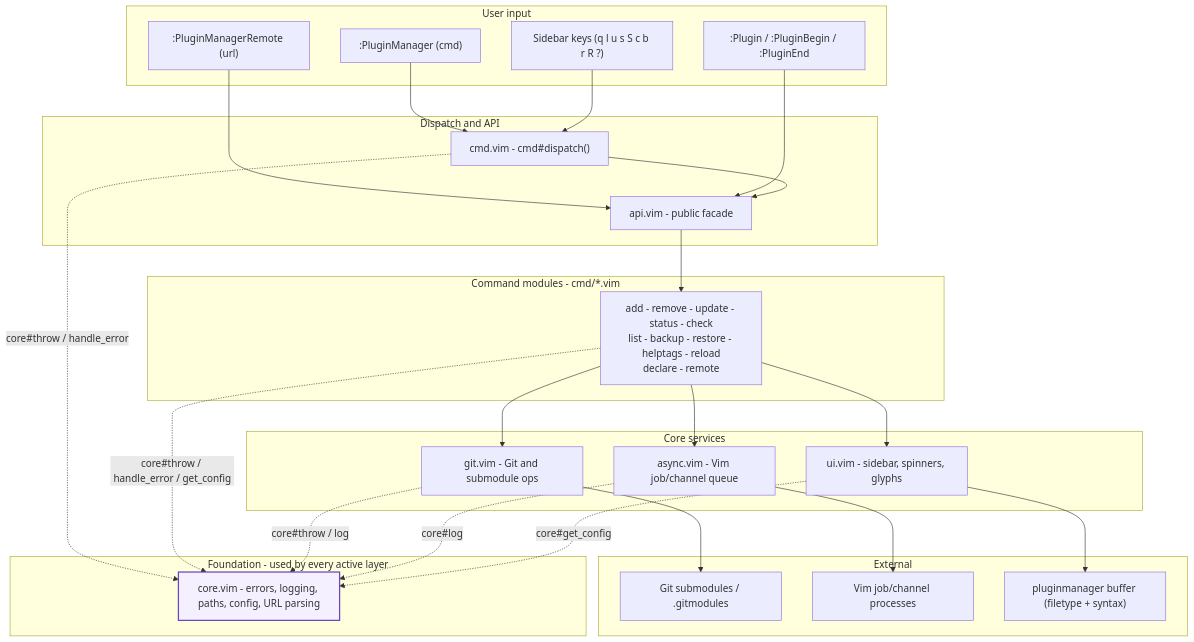
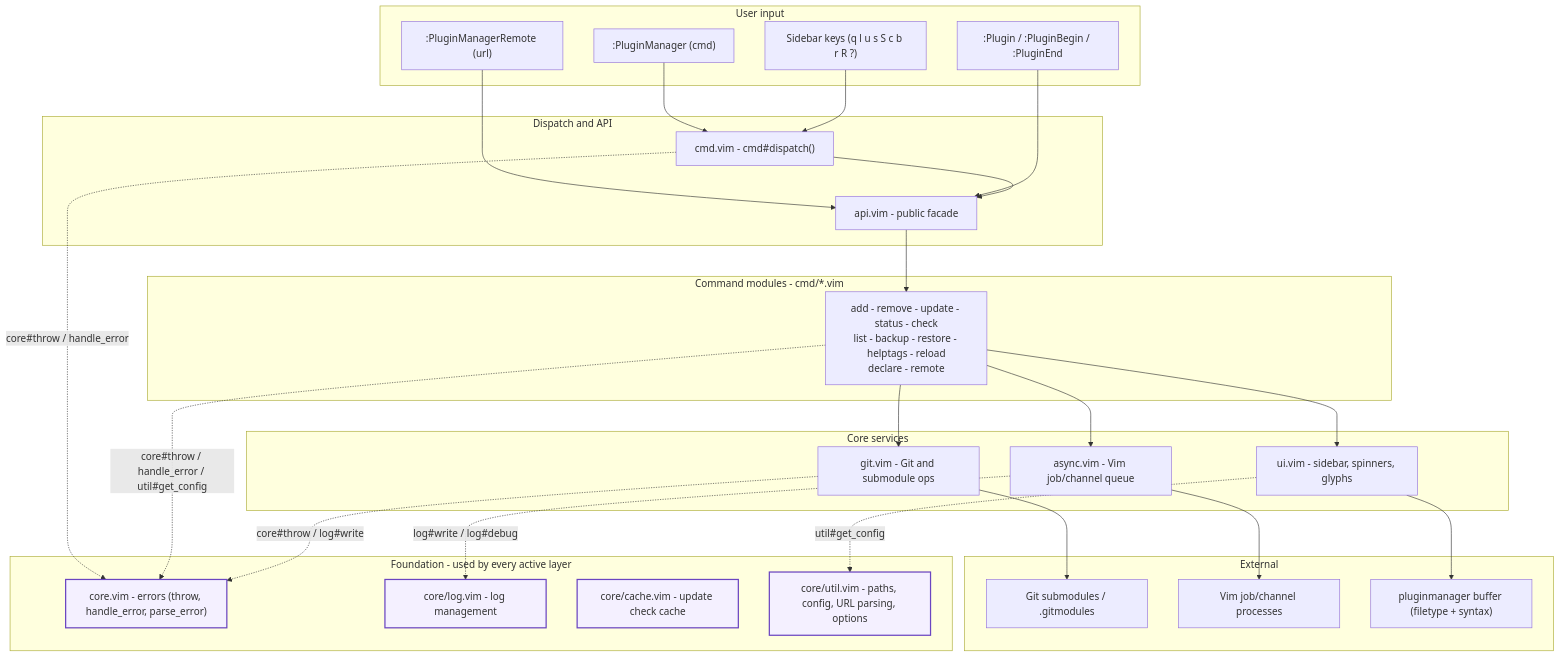
The first of 2 diagrams in CONTRIBUTING.md (log0u7/vim-plugin-manager), drawn with Mermaid before and after one commit. The commit also changed other lines of this file and 1 other file, not shown here.

Commit message:
docs: update architecture diagrams for core.vim split
Update Mermaid subgraph (4 foundation nodes instead of 1),
dotted arrow labels (log#write, log#debug, util#get_config),
and ASCII tree in AGENTS.md to reflect core/{log,cache,util}.vim
sub-modules.

````diff
--- a/CONTRIBUTING.md
+++ b/CONTRIBUTING.md
@@ -200,57 +200,60 @@
 ```mermaid
 graph TD
   subgraph User["User input"]
     PM[":PluginManager (cmd)"]
     PMR[":PluginManagerRemote (url)"]
     DECL[":Plugin / :PluginBegin / :PluginEnd"]
     SB["Sidebar keys (q l u s S c b r R ?)"]
   end
 
   subgraph Dispatch["Dispatch and API"]
     DISP["cmd.vim - cmd#dispatch()"]
     API["api.vim - public facade"]
   end
 
   subgraph Commands["Command modules - cmd/*.vim"]
     CMDS["add - remove - update - status - check
 list - backup - restore - helptags - reload
 declare - remote"]
   end
 
   subgraph Services["Core services"]
     GIT["git.vim - Git and submodule ops"]
     ASYNC["async.vim - Vim job/channel queue"]
     UI["ui.vim - sidebar, spinners, glyphs"]
   end
 
   subgraph Ext["External"]
     SUB["Git submodules / .gitmodules"]
     JOBS["Vim job/channel processes"]
     BUF["pluginmanager buffer (filetype + syntax)"]
   end
 
   subgraph Foundation["Foundation - used by every active layer"]
-    CORE["core.vim - errors, logging, paths, config, URL parsing"]
+    CORE["core.vim - errors (throw, handle_error, parse_error)"]
+    LOG["core/log.vim - log management"]
+    CACHE["core/cache.vim - update check cache"]
+    UTIL["core/util.vim - paths, config, URL parsing, options"]
   end
 
   classDef foundation fill:#f4f0ff,stroke:#6b46c1,stroke-width:2px
-  class CORE foundation
+  class CORE,LOG,CACHE,UTIL foundation
 
   PM --> DISP
   SB --> DISP
   PMR --> API
   DECL --> API
   DISP --> API
   API --> CMDS
   CMDS --> GIT
   CMDS --> ASYNC
   CMDS --> UI
   GIT --> SUB
   ASYNC --> JOBS
   UI --> BUF
   DISP -.->|"core#throw / handle_error"| CORE
-  CMDS -.->|"core#throw / handle_error / get_config"| CORE
-  GIT -.->|"core#throw / log"| CORE
-  ASYNC -.->|"core#log"| CORE
-  UI -.->|"core#get_config"| CORE
+  CMDS -.->|"core#throw / handle_error / util#get_config"| CORE
+  GIT -.->|"core#throw / log#write"| CORE
+  ASYNC -.->|"log#write / log#debug"| LOG
+  UI -.->|"util#get_config"| UTIL
 ```
````
